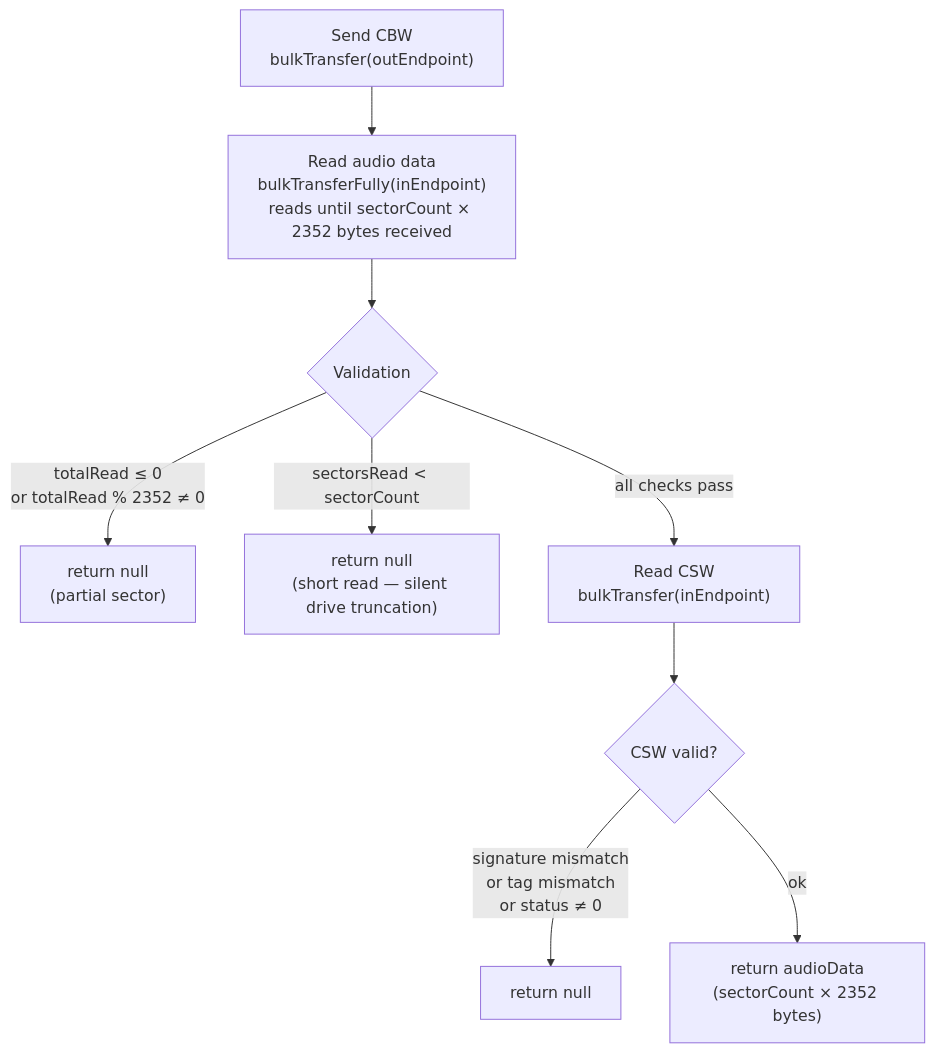
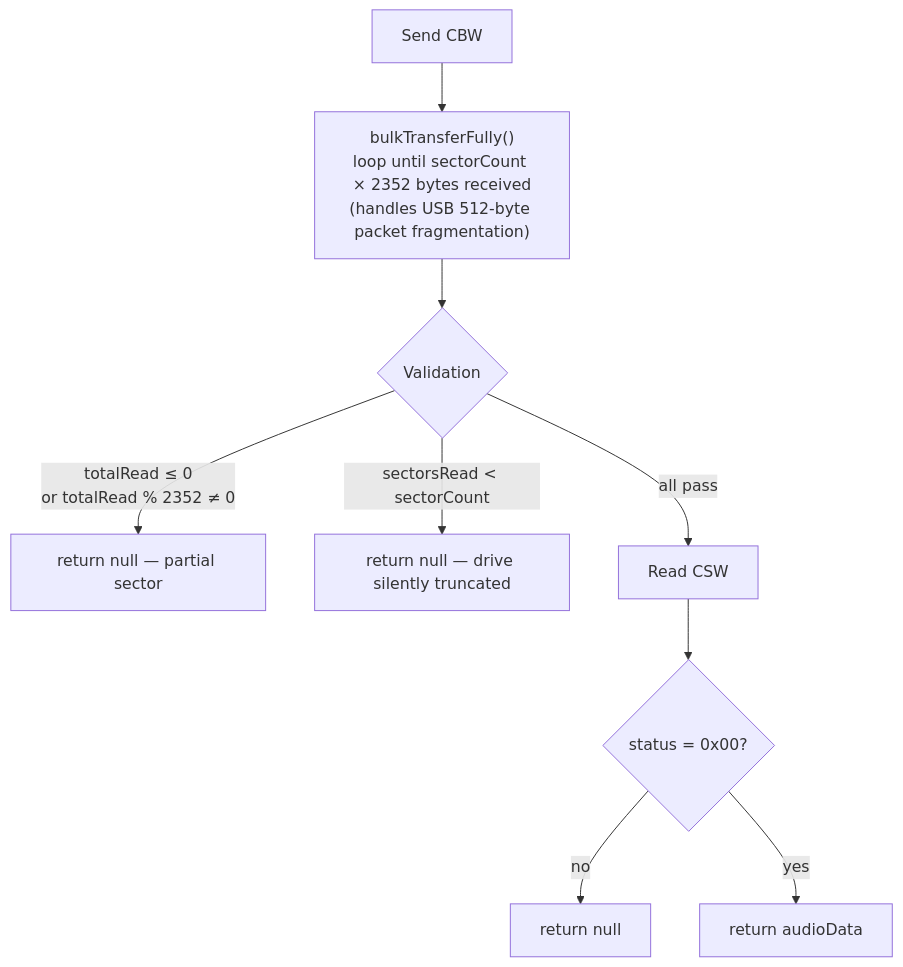
Before and after one commit to steve-keep/BitPerfect: the fifth of 6 diagrams in docs/usb/SCSI.md, drawn with Mermaid. The commit also changed other lines of this file, not shown here.

````diff
--- a/docs/usb/SCSI.md
+++ b/docs/usb/SCSI.md
@@ -441,11 +475,11 @@
 ```mermaid
 flowchart TD
-    CBW["Send CBW\nbulkTransfer(outEndpoint)"] --> DATA["Read audio data\nbulkTransferFully(inEndpoint)\nreads until sectorCount × 2352 bytes received"]
+    CBW["Send CBW"] --> DATA["bulkTransferFully()\nloop until sectorCount × 2352 bytes received\n(handles USB 512-byte packet fragmentation)"]
     DATA --> VAL{Validation}
-    VAL -->|"totalRead ≤ 0\nor totalRead % 2352 ≠ 0"| FAIL["return null\n(partial sector)"]
-    VAL -->|"sectorsRead < sectorCount"| FAIL2["return null\n(short read — silent drive truncation)"]
-    VAL -->|all checks pass| CSW["Read CSW\nbulkTransfer(inEndpoint)"]
-    CSW --> CSWVAL{CSW valid?}
-    CSWVAL -->|signature mismatch\nor tag mismatch\nor status ≠ 0| FAIL3["return null"]
-    CSWVAL -->|ok| RET["return audioData\n(sectorCount × 2352 bytes)"]
+    VAL -->|"totalRead ≤ 0\nor totalRead % 2352 ≠ 0"| FAIL["return null — partial sector"]
+    VAL -->|"sectorsRead < sectorCount"| FAIL2["return null — drive silently truncated"]
+    VAL -->|all pass| CSW["Read CSW"]
+    CSW --> OK{status = 0x00?}
+    OK -->|no| FAIL3["return null"]
+    OK -->|yes| RET["return audioData"]
 ```
````
